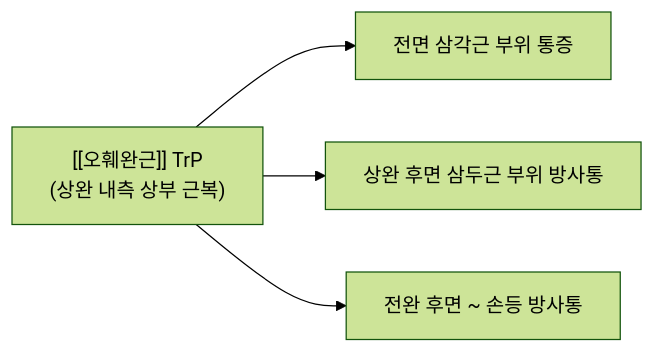
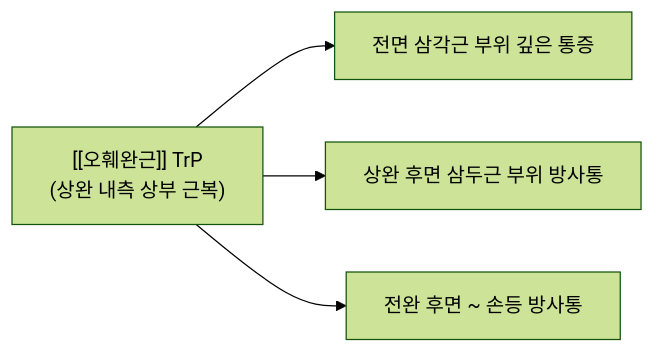
Before and after one commit to simbio11/simbio-digital-garden2: the third of 3 diagrams in content/1. 근골격계 공부/근육/(5) 상완부/오훼완근.md, drawn with Mermaid (forest theme). The commit also changed other lines of this file and 150 other files, not shown here.

````diff
--- a/content/1. 근골격계 공부/근육/(5) 상완부/오훼완근.md
+++ b/content/1. 근골격계 공부/근육/(5) 상완부/오훼완근.md
@@ -69,7 +73,7 @@
 ```mermaid
 flowchart LR
     TP["[[오훼완근]] TrP
-(상완 내측 상부 근복)"] --> Zone1["전면 삼각근 부위 통증"]
+(상완 내측 상부 근복)"] --> Zone1["전면 삼각근 부위 깊은 통증"]
     TP --> Zone2["상완 후면 삼두근 부위 방사통"]
     TP --> Zone3["전완 후면 ~ 손등 방사통"]
 ```
````
